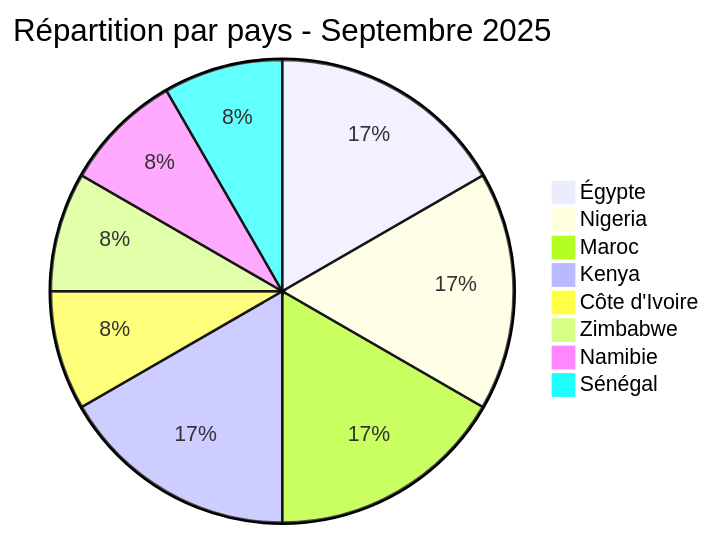
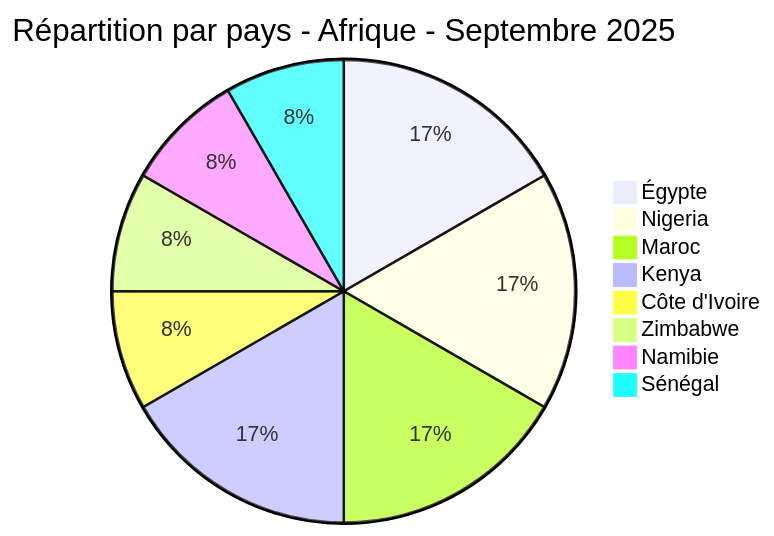
Before and after one commit to Hatchepsoute/AFRINTEL: the second of 5 diagrams in 2025/september/report/README_FR.md, drawn with Mermaid. The commit also changed other lines of this file, not shown here.

Commit message:
Rapport de cyberttaque Septembre 2025 - versions FR/EN & rapport CTI Janvier et Février 2026

````diff
--- a/2025/september/report/README_FR.md
+++ b/2025/september/report/README_FR.md
@@ -75,11 +77,11 @@
 ```mermaid
-pie title Répartition par pays - Septembre 2025
+pie title Répartition par pays - Afrique - Septembre 2025
 "Égypte" : 2
 "Nigeria" : 2
 "Maroc" : 2
 "Kenya" : 2
 "Côte d'Ivoire" : 1
 "Zimbabwe" : 1
 "Namibie" : 1
 "Sénégal" : 1
 ```
````
